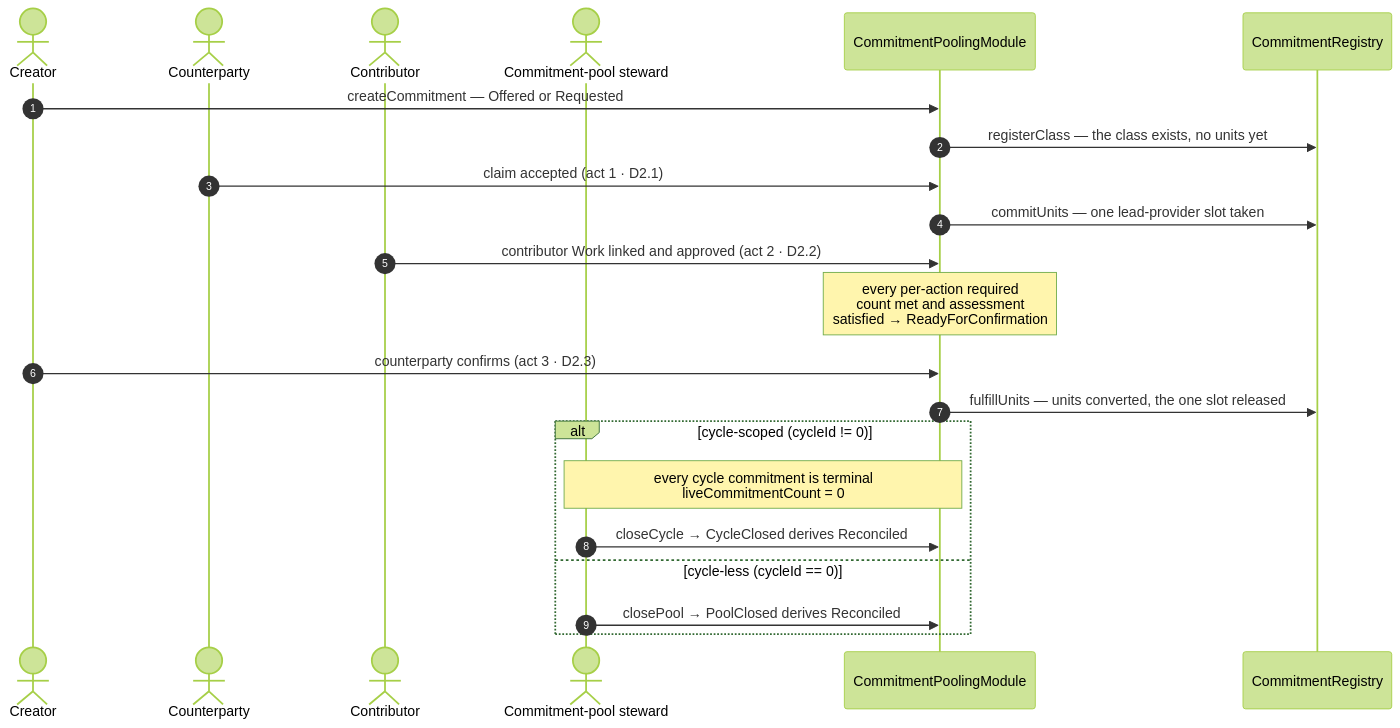
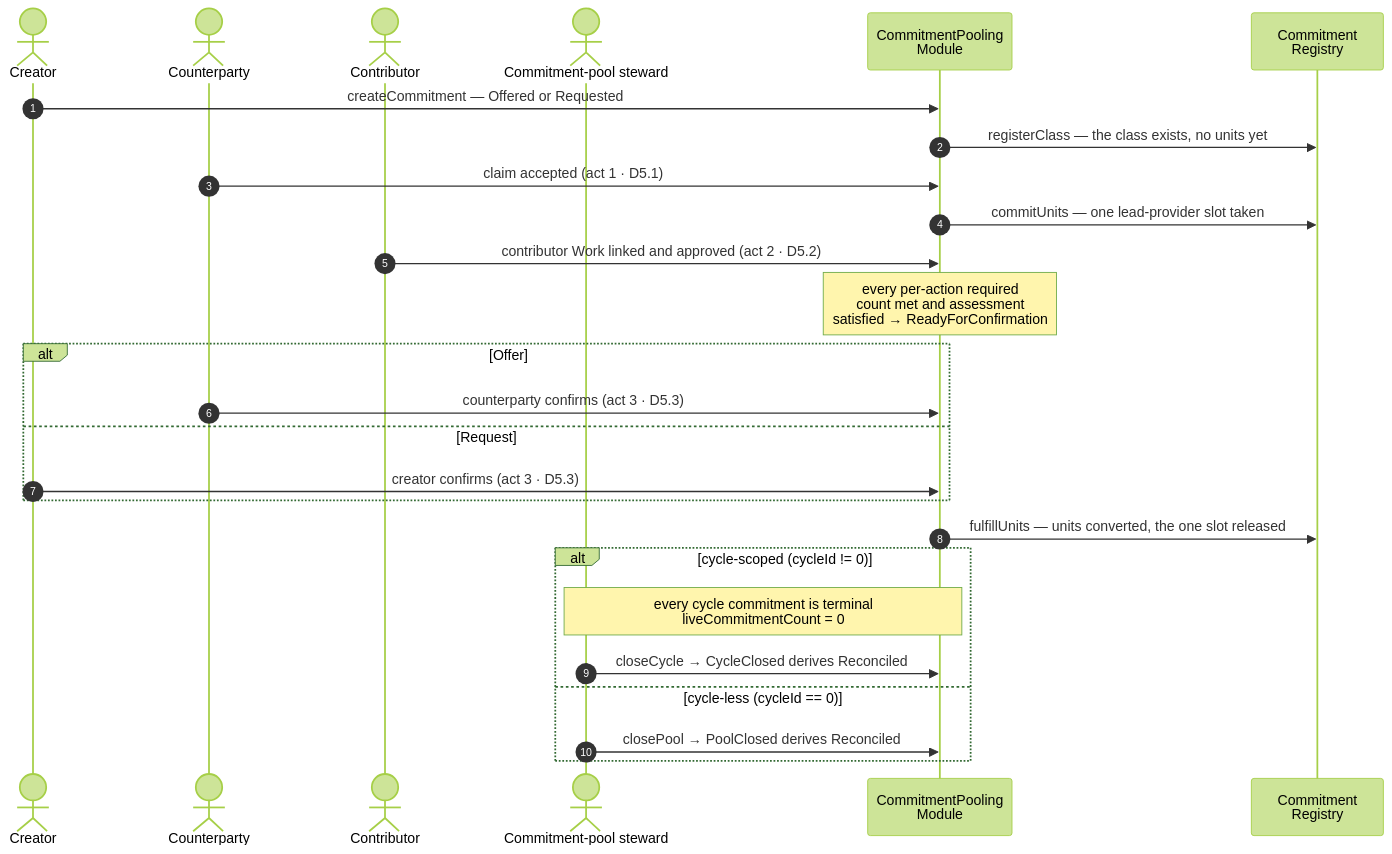
The fifth of 38 diagrams in .plans/active/commitment-pooling/diagrams.md (greenpill-dev-guild/green-goods), drawn with Mermaid (forest theme) before and after one commit. The commit also changed other lines of this file and 8 other files, not shown here.

````diff
--- a/.plans/active/commitment-pooling/diagrams.md
+++ b/.plans/active/commitment-pooling/diagrams.md
@@ -293,25 +440,29 @@
 ```mermaid
 sequenceDiagram
   autonumber
   actor A as Creator
   actor B as Counterparty
   actor C as Contributor
   actor OP as Commitment-pool steward
-  participant M as CommitmentPoolingModule
-  participant R as CommitmentRegistry
+  participant M as CommitmentPooling<br/>Module
+  participant R as Commitment<br/>Registry
 
   A->>M: createCommitment — Offered or Requested
   M->>R: registerClass — the class exists, no units yet
-  B->>M: claim accepted (act 1 · D2.1)
+  B->>M: claim accepted (act 1 · D5.1)
   M->>R: commitUnits — one lead-provider slot taken
-  C->>M: contributor Work linked and approved (act 2 · D2.2)
+  C->>M: contributor Work linked and approved (act 2 · D5.2)
   Note over M: every per-action required<br/>count met and assessment<br/>satisfied → ReadyForConfirmation
-  A->>M: counterparty confirms (act 3 · D2.3)
+  alt Offer
+    B->>M: counterparty confirms (act 3 · D5.3)
+  else Request
+    A->>M: creator confirms (act 3 · D5.3)
+  end
   M->>R: fulfillUnits — units converted, the one slot released
   alt cycle-scoped (cycleId != 0)
     Note over OP,M: every cycle commitment is terminal<br/>liveCommitmentCount = 0
     OP->>M: closeCycle → CycleClosed derives Reconciled
   else cycle-less (cycleId == 0)
     OP->>M: closePool → PoolClosed derives Reconciled
   end
 ```
````
